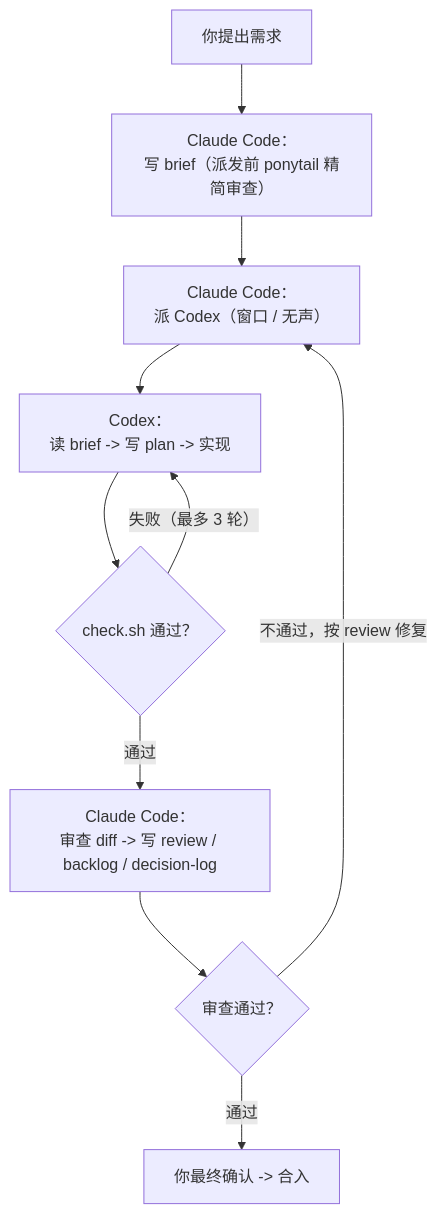
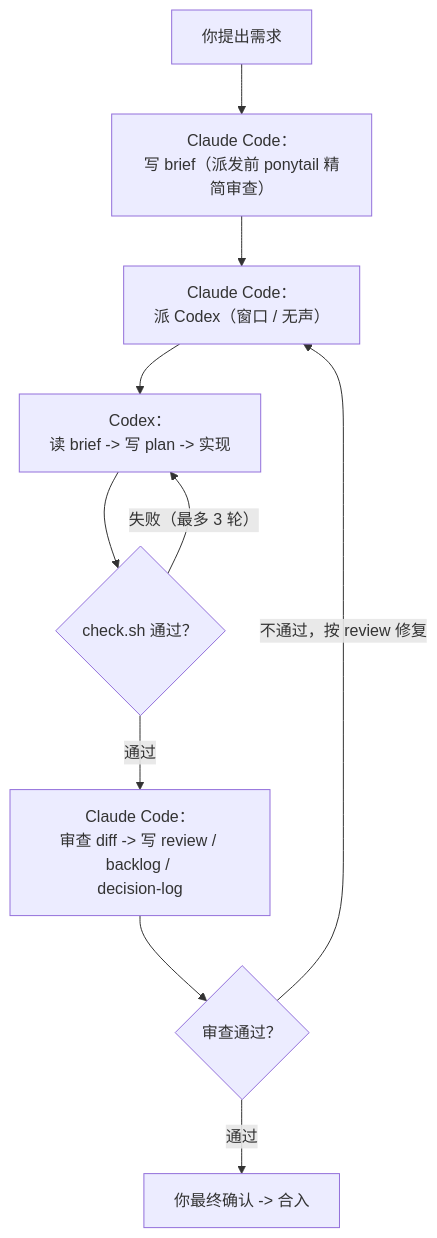
The second of 2 diagrams in README.md (yiximy/codex-claude-collab-skill), drawn with Mermaid before and after one commit. The commit also changed other lines of this file and 1 other file, not shown here.

Commit message:
docs: Fix the issues of incomplete display and text misalignment in the flowchart

````diff
--- a/README.md
+++ b/README.md
@@ -301,17 +301,17 @@
 ```mermaid
 graph TD
     A["你提出需求"]
     B["Claude Code：<br>写 brief（派发前 ponytail 精简审查）"]
     C["Claude Code：<br>派 Codex（窗口 / 无声）"]
     D["Codex：<br>读 brief -> 写 plan -> 实现"]
     E{"check.sh 通过？"}
-    F["Claude Code：<br>审查 diff -> 写 review / backlog / decision-log"]
+    F["Claude Code：<br>审查 diff -> 写 review / backlog / <br>decision-log"]
     G{"审查通过？"}
     H["你最终确认 -> 合入"]
 
     A --> B --> C --> D --> E
     E -->|"失败（最多 3 轮）"| D
     E -->|"通过"| F --> G
     G -->|"不通过，按 review 修复"| C
     G -->|"通过"| H
 ```
````
